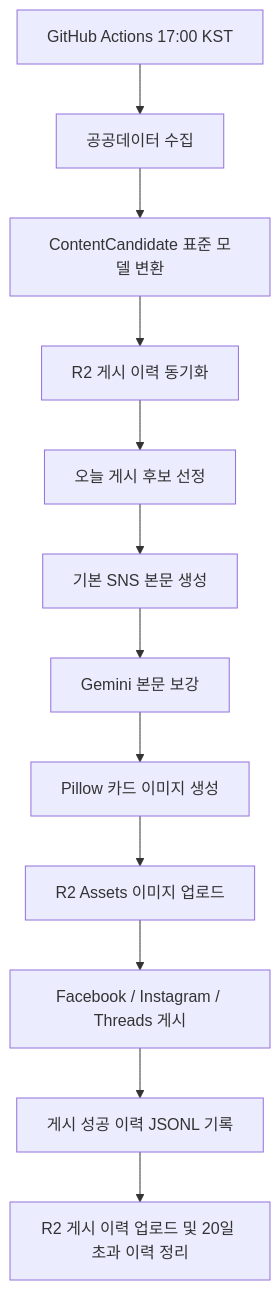
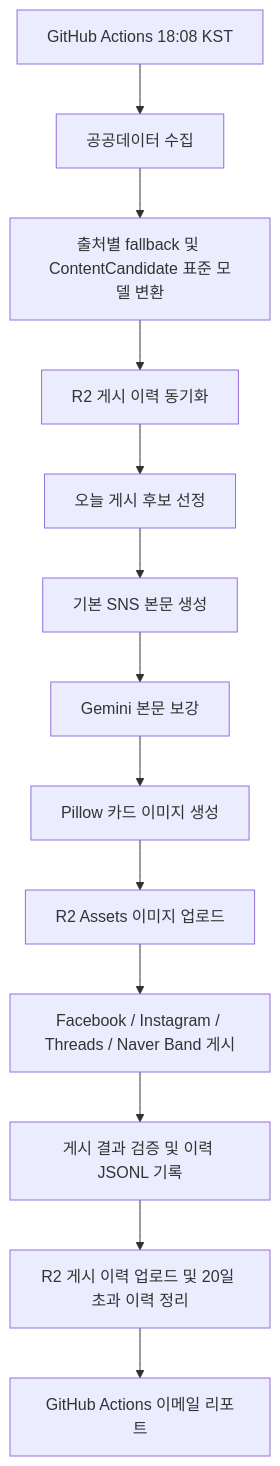
The diagram in README.md (lhjunkr/public-data-automation), drawn with Mermaid before and after one commit. The commit also changed other lines of this file, not shown here.

````diff
--- a/README.md
+++ b/README.md
@@ -53,14 +52,15 @@
 ```mermaid
 flowchart TD
-    A["GitHub Actions 17:00 KST"] --> B["공공데이터 수집"]
-    B --> C["ContentCandidate 표준 모델 변환"]
+    A["GitHub Actions 18:08 KST"] --> B["공공데이터 수집"]
+    B --> C["출처별 fallback 및 ContentCandidate 표준 모델 변환"]
     C --> D["R2 게시 이력 동기화"]
     D --> E["오늘 게시 후보 선정"]
     E --> F["기본 SNS 본문 생성"]
     F --> G["Gemini 본문 보강"]
     G --> H["Pillow 카드 이미지 생성"]
     H --> I["R2 Assets 이미지 업로드"]
-    I --> J["Facebook / Instagram / Threads 게시"]
-    J --> K["게시 성공 이력 JSONL 기록"]
+    I --> J["Facebook / Instagram / Threads / Naver Band 게시"]
+    J --> K["게시 결과 검증 및 이력 JSONL 기록"]
     K --> L["R2 게시 이력 업로드 및 20일 초과 이력 정리"]
+    L --> M["GitHub Actions 이메일 리포트"]
 ```
````
